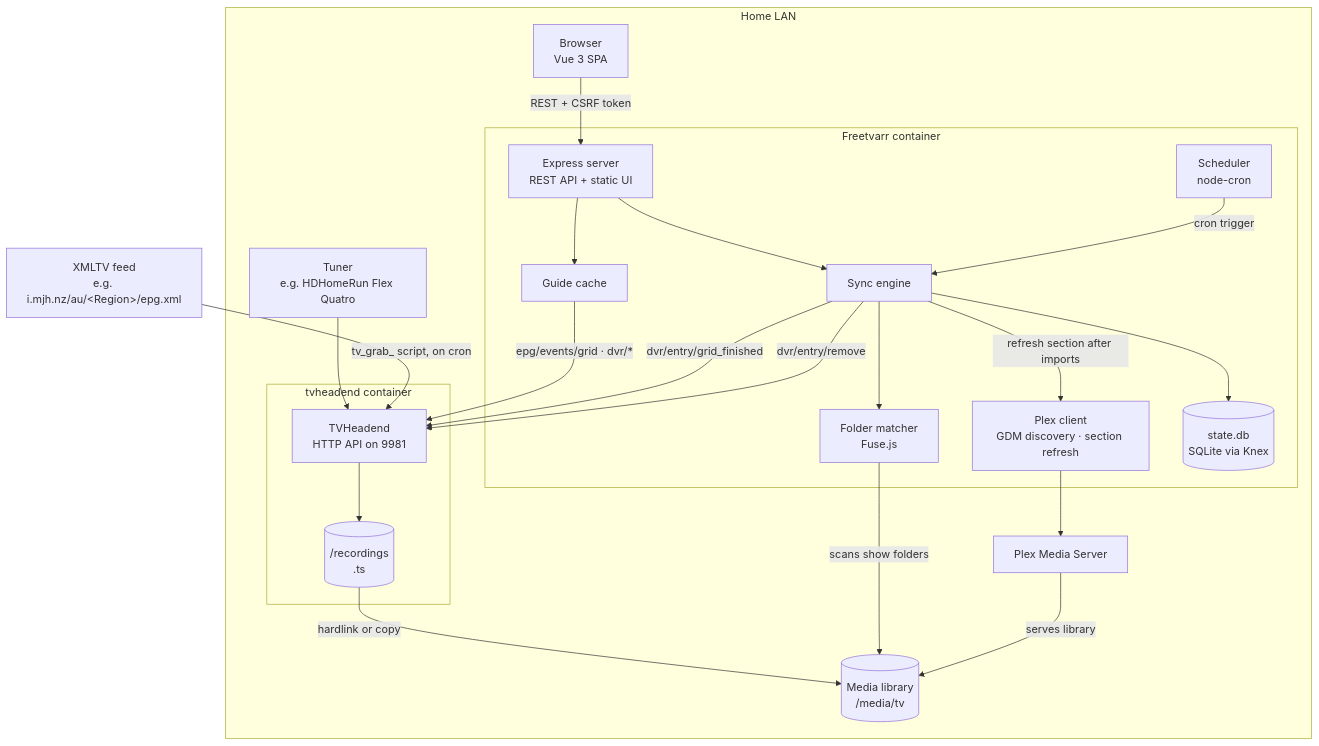
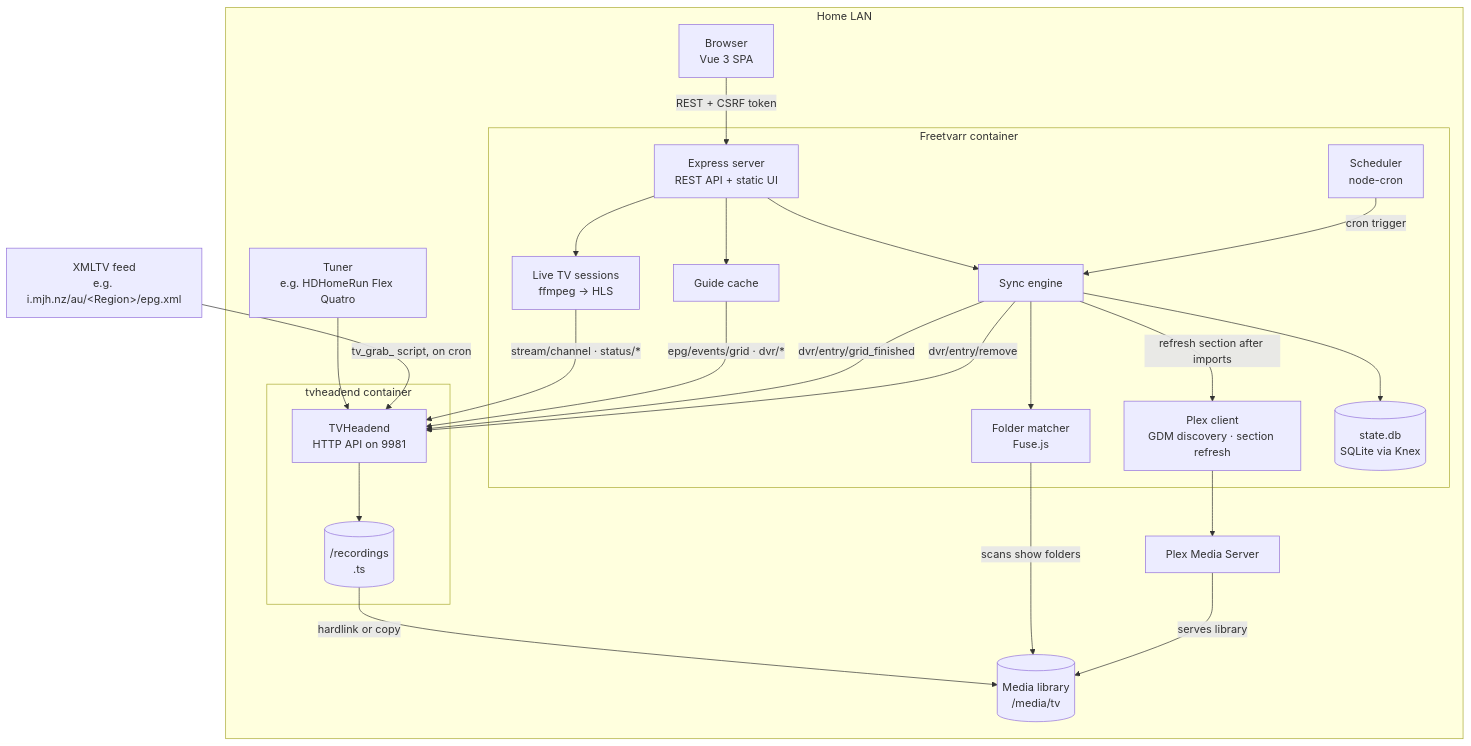
Before and after one commit to furey/freetvarr: the first of 3 diagrams in docs/DEEP_DIVE.md, drawn with Mermaid. The commit also changed other lines of this file and 4 other files, not shown here.

Commit message:
Documented live TV in Freetvarr in the live TV guide, the deep dive, the configuration guide, and the README, and passed LIVE_TV_MAX_SESSIONS through the example compose file.

````diff
--- a/docs/DEEP_DIVE.md
+++ b/docs/DEEP_DIVE.md
@@ -27,46 +28,49 @@
 ```mermaid
 flowchart TB
   subgraph lan["Home LAN"]
     hdhr["Tuner<br>e.g. HDHomeRun Flex Quatro"]
 
     subgraph tvh["tvheadend container"]
       tvhsrv["TVHeadend<br>HTTP API on 9981"]
       rec[("/recordings<br>.ts")]
     end
 
     plex["Plex Media Server"]
     browser["Browser<br>Vue 3 SPA"]
 
     subgraph app["Freetvarr container"]
       server["Express server<br>REST API + static UI"]
       sched["Scheduler<br>node-cron"]
       sync["Sync engine"]
       epg["Guide cache"]
+      live["Live TV sessions<br>ffmpeg → HLS"]
       matcher["Folder matcher<br>Fuse.js"]
       plexclient["Plex client<br>GDM discovery · section refresh"]
       db[("state.db<br>SQLite via Knex")]
     end
 
     media[("Media library<br>/media/tv")]
   end
 
   xmltv["XMLTV feed<br>e.g. i.mjh.nz/au/&lt;Region&gt;/epg.xml"]
 
   hdhr --> tvhsrv
   xmltv -->|"tv_grab_ script, on cron"| tvhsrv
   tvhsrv --> rec
   browser -->|"REST + CSRF token"| server
   server --> sync
   server --> epg
+  server --> live
+  live -->|"stream/channel · status/*"| tvhsrv
   sched -->|"cron trigger"| sync
   epg -->|"epg/events/grid · dvr/*"| tvhsrv
   sync -->|"dvr/entry/grid_finished"| tvhsrv
   sync --> db
   rec -->|"hardlink or copy"| media
   sync --> matcher
   matcher -->|"scans show folders"| media
   sync -->|"refresh section after imports"| plexclient
   plexclient --> plex
   plex -->|"serves library"| media
   sync -->|"dvr/entry/remove"| tvhsrv
 ```
````
